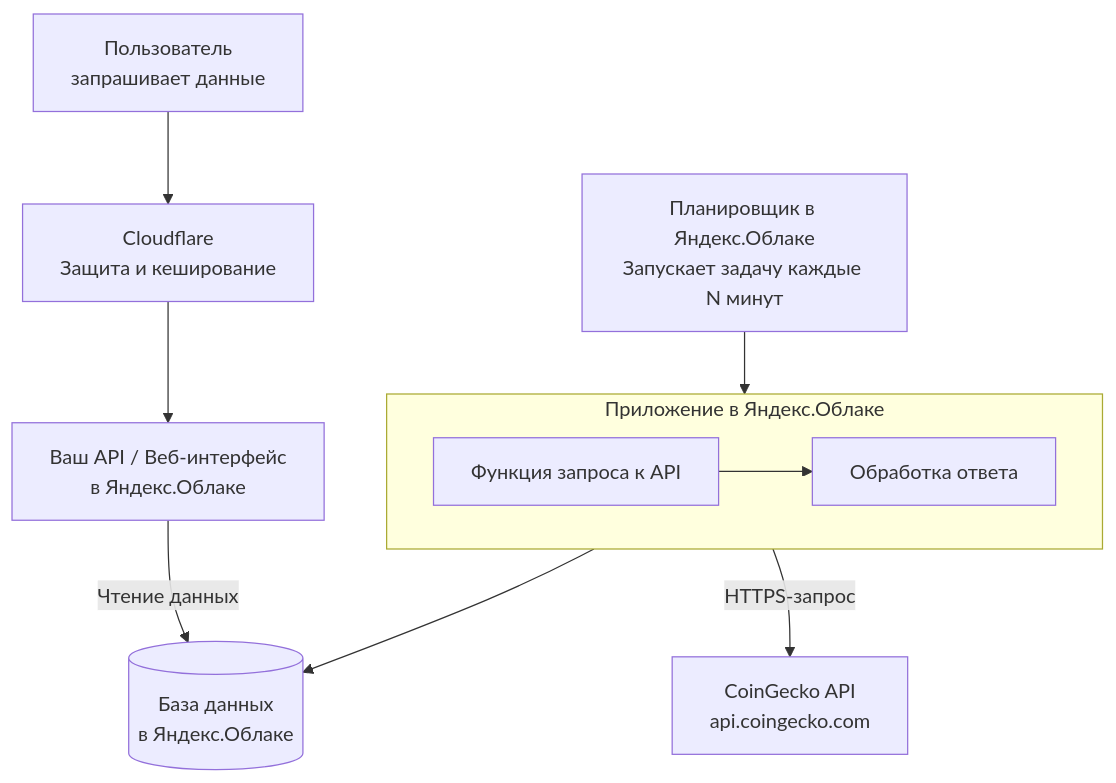
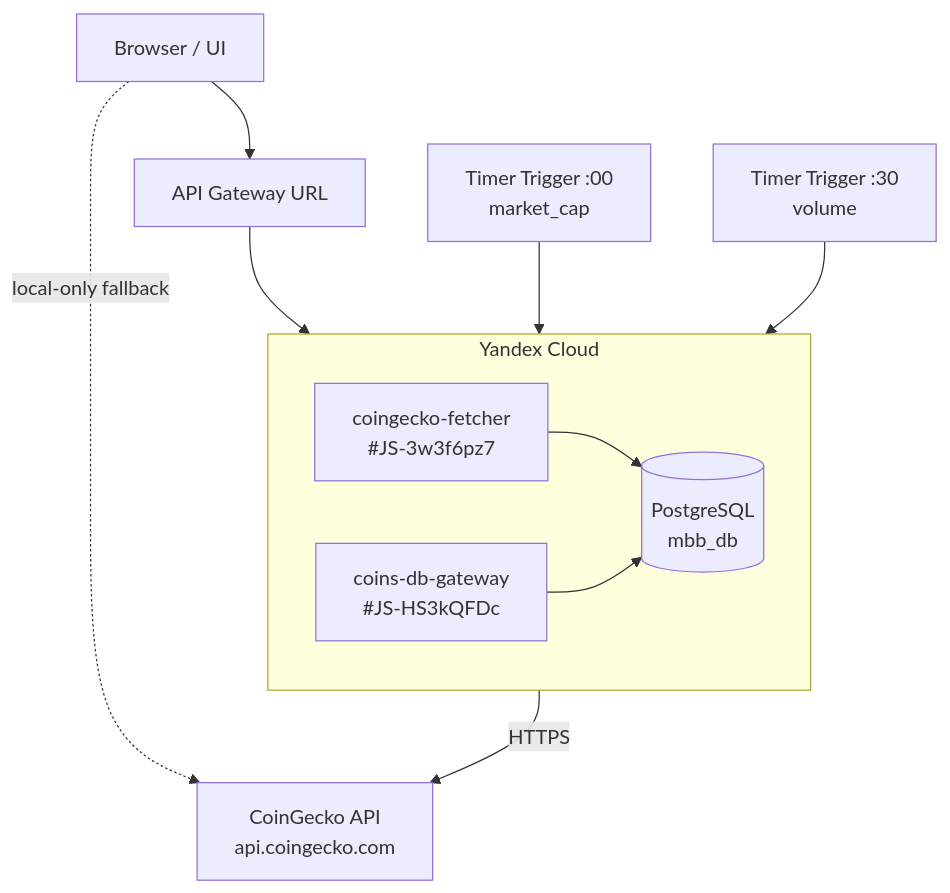
One commit to aoponomarev/mmb changed the diagram in docs/ais/ais-yandex-cloud.md. Above: the diagram before and after it, drawn with Mermaid. The commit also changed other lines of this file and 13 other files, not shown here.

First line of the commit message:
refactor(infra): decommission mbb-api, migrate to coins-db-gateway and app-api

````diff
--- a/docs/ais/ais-yandex-cloud.md
+++ b/docs/ais/ais-yandex-cloud.md
@@ -30,15 +33,16 @@
 ```mermaid
 flowchart TD
-    A[Планировщик в Яндекс.Облаке<br>Запускает задачу каждые N минут] --> B
-    subgraph B[Приложение в Яндекс.Облаке]
+    A1[Timer Trigger :00<br>market_cap] --> B
+    A2[Timer Trigger :30<br>volume] --> B
+    subgraph B[Yandex Cloud]
         direction LR
-        B1[Функция запроса к API] --> B2[Обработка ответа]
+        B1[coingecko-fetcher<br>#JS-3w3f6pz7] --> B2[(PostgreSQL<br>mbb_db)]
+        B3[coins-db-gateway<br>#JS-HS3kQFDc]
     end
-    B2 --> C[(База данных<br>в Яндекс.Облаке)]
-    
-    B1 -- HTTPS-запрос --> D[CoinGecko API<br>api.coingecko.com]
-    
-    E[Пользователь<br>запрашивает данные] --> F[Cloudflare<br>Защита и кеширование]
-    F --> G[Ваш API / Веб-интерфейс<br>в Яндекс.Облаке]
-    G -- Чтение данных --> C
+
+    B1 -- HTTPS --> D[CoinGecko API<br>api.coingecko.com]
+    E[Browser / UI] --> F[API Gateway URL]
+    F --> B3
+    B3 --> B2
+    E -. local-only fallback .-> D
 ```
````
